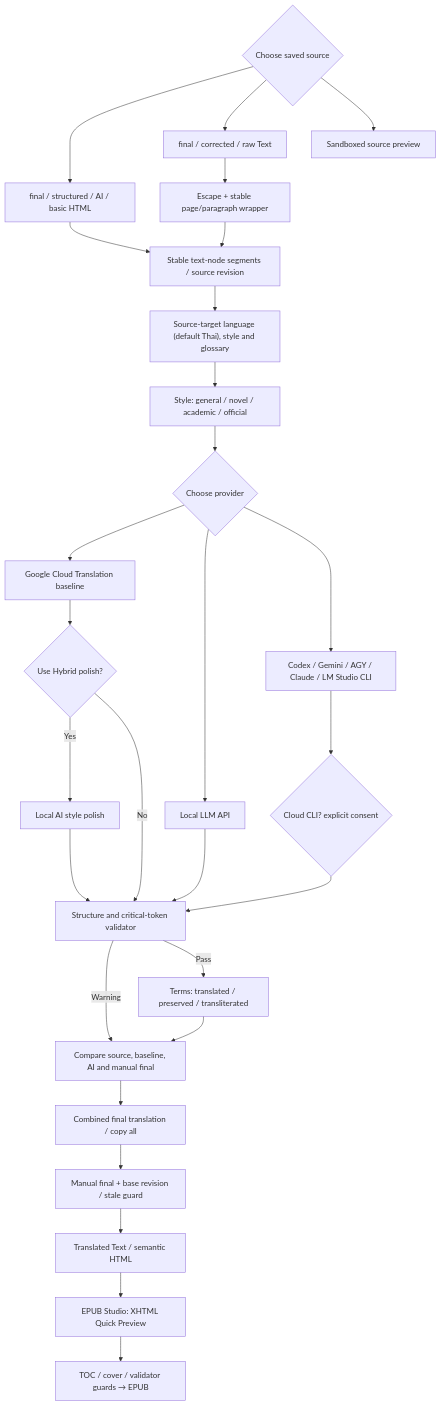
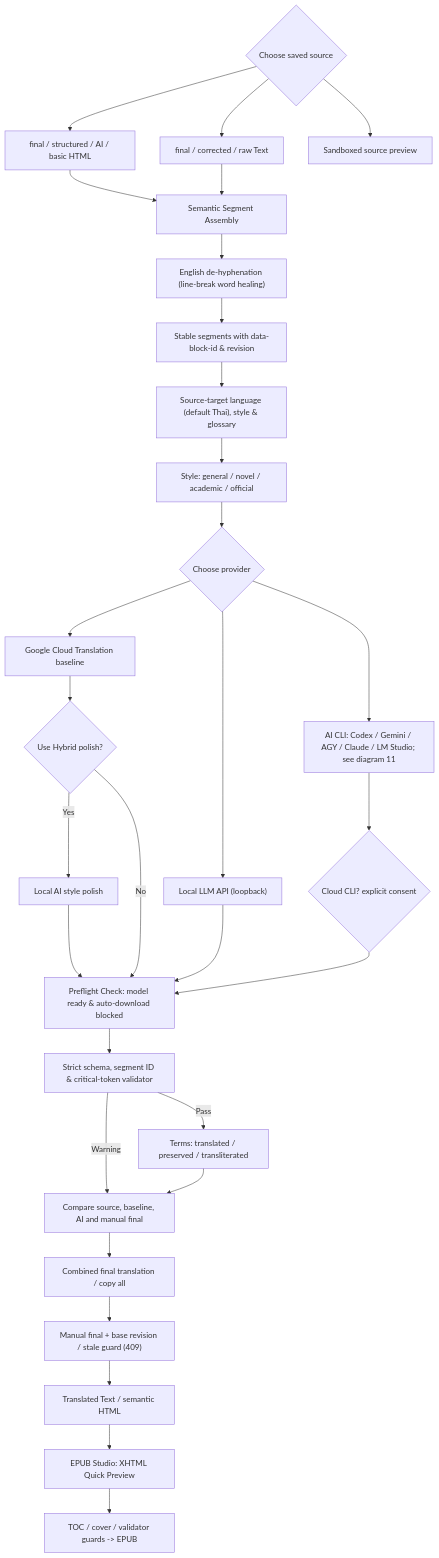
The tenth of 11 diagrams in readme.md (anuwatm/pdf-ocr-studio), drawn with Mermaid before and after one commit. The commit also changed other lines of this file, not shown here.

Commit message:
docs: update readme and all diagrams to reflect Phase 10 translation engine and AI CLI sandbox

````diff
--- a/readme.md
+++ b/readme.md
@@ -427,30 +432,32 @@
 ```mermaid
 flowchart TD
     Source{"Choose saved source"} --> HTML["final / structured / AI / basic HTML"]
     Source --> Text["final / corrected / raw Text"]
     Source --> View["Sandboxed source preview"]
-    HTML --> Segment["Stable text-node segments / source revision"]
-    Text --> Wrap["Escape + stable page/paragraph wrapper"]
-    Wrap --> Segment
-    Segment --> Config["Source-target language (default Thai), style and glossary"]
+    HTML --> Assembly["Semantic Segment Assembly"]
+    Text --> Assembly
+    Assembly --> Dehyphen["English de-hyphenation (line-break word healing)"]
+    Dehyphen --> Segment["Stable segments with data-block-id & revision"]
+    Segment --> Config["Source-target language (default Thai), style & glossary"]
     Config --> Style["Style: general / novel / academic / official"]
     Style --> Provider{"Choose provider"}
     Provider --> Google["Google Cloud Translation baseline"]
-    Provider --> Local["Local LLM API"]
-    Provider --> CLI["Codex / Gemini / AGY / Claude / LM Studio CLI"]
+    Provider --> Local["Local LLM API (loopback)"]
+    Provider --> CLI["AI CLI: Codex / Gemini / AGY / Claude / LM Studio; see diagram 11"]
     Google --> Hybrid{"Use Hybrid polish?"}
     Hybrid -->|Yes| Polish["Local AI style polish"]
-    Hybrid -->|No| Validate["Structure and critical-token validator"]
-    Local --> Validate
+    Hybrid -->|No| Preflight["Preflight Check: model ready & auto-download blocked"]
+    Local --> Preflight
     CLI --> Consent{"Cloud CLI? explicit consent"}
-    Consent --> Validate
-    Polish --> Validate
+    Consent --> Preflight
+    Polish --> Preflight
+    Preflight --> Validate["Strict schema, segment ID & critical-token validator"]
     Validate -->|Warning| Review
     Validate -->|Pass| Terms["Terms: translated / preserved / transliterated"]
     Terms --> Review["Compare source, baseline, AI and manual final"]
     Review --> Combined["Combined final translation / copy all"]
-    Combined --> Save["Manual final + base revision / stale guard"]
+    Combined --> Save["Manual final + base revision / stale guard (409)"]
     Save --> Export["Translated Text / semantic HTML"]
     Export --> Preview["EPUB Studio: XHTML Quick Preview"]
-    Preview --> Package["TOC / cover / validator guards → EPUB"]
+    Preview --> Package["TOC / cover / validator guards -> EPUB"]
 ```
````
